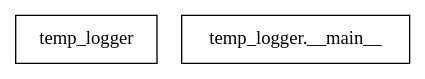
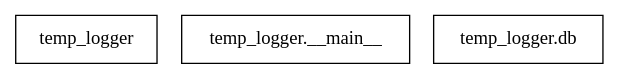
The diagram in docs/packages.dot (Jelloeater/hubitat-temp-logger), drawn with Graphviz before and after one commit. The commit also changed 6 other files, not shown here.

```diff
--- a/docs/packages.dot
+++ b/docs/packages.dot
@@ -1,6 +1,7 @@
 digraph "packages" {
 rankdir=BT
 charset="utf-8"
 "temp_logger" [color="black", label=<temp_logger>, shape="box", style="solid"];
 "temp_logger.__main__" [color="black", label=<temp_logger.__main__>, shape="box", style="solid"];
+"temp_logger.db" [color="black", label=<temp_logger.db>, shape="box", style="solid"];
 }
```
